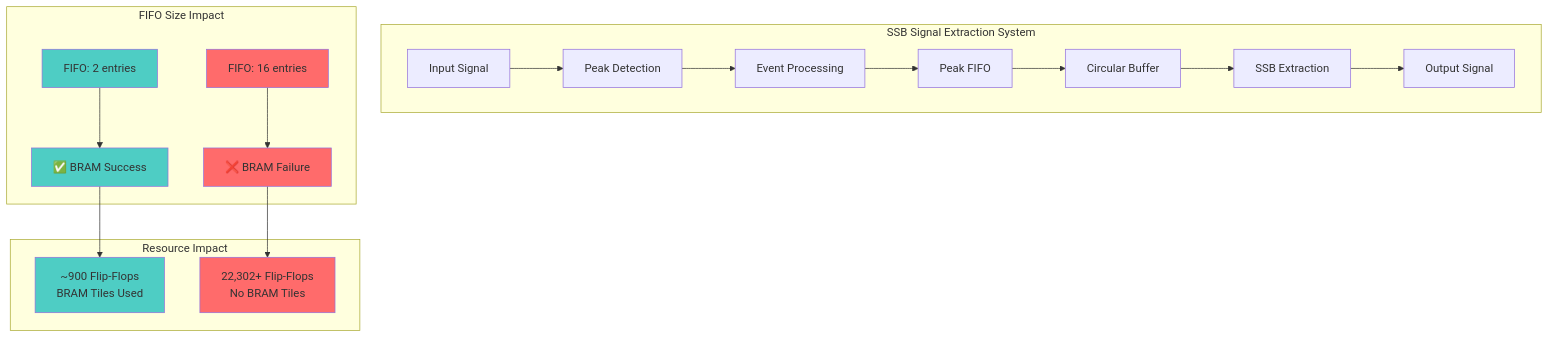
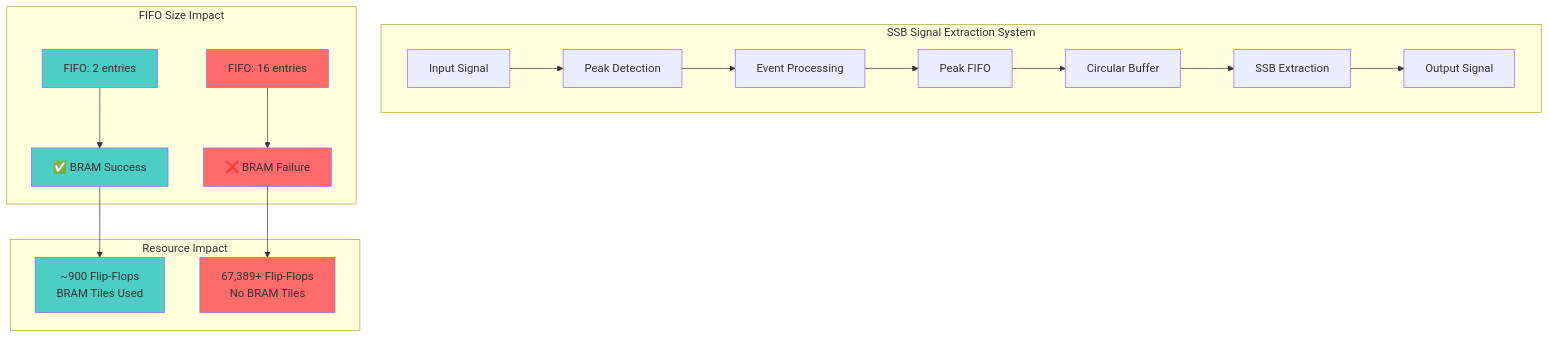
One commit to rockyco/extractSSBsig changed the fifth of 16 diagrams in README.md. Above: the diagram before and after it, drawn with Mermaid. The commit also changed other lines of this file and 3 other files, not shown here.

````diff
--- a/README.md
+++ b/README.md
@@ -461,28 +461,28 @@
 ```mermaid
 graph TB
     subgraph "SSB Signal Extraction System"
         IN[Input Signal] --> PEAK[Peak Detection]
         PEAK --> EVENT[Event Processing]
         EVENT --> FIFO[Peak FIFO]
         FIFO --> BUFFER[Circular Buffer]
         BUFFER --> EXTRACT[SSB Extraction]
         EXTRACT --> OUT[Output Signal]
     end
     
     subgraph "FIFO Size Impact"
         FIFO2[FIFO: 2 entries] --> BRAM_SUCCESS[✅ BRAM Success]
         FIFO16[FIFO: 16 entries] --> BRAM_FAIL[❌ BRAM Failure]
     end
     
     subgraph "Resource Impact"
         BRAM_SUCCESS --> EFFICIENT[~900 Flip-Flops<br/>BRAM Tiles Used]
-        BRAM_FAIL --> INEFFICIENT[22,302+ Flip-Flops<br/>No BRAM Tiles]
+        BRAM_FAIL --> INEFFICIENT[67,389+ Flip-Flops<br/>No BRAM Tiles]
     end
     
     style FIFO2 fill:#4ecdc4
     style FIFO16 fill:#ff6b6b
     style BRAM_SUCCESS fill:#4ecdc4
     style BRAM_FAIL fill:#ff6b6b
     style EFFICIENT fill:#4ecdc4
     style INEFFICIENT fill:#ff6b6b
 ```
````
